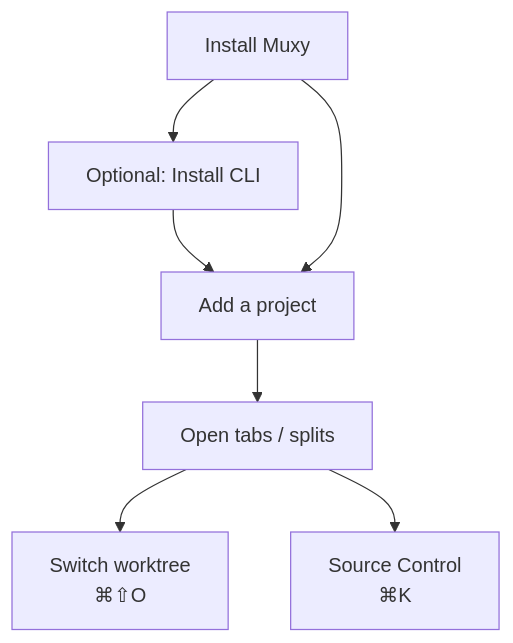
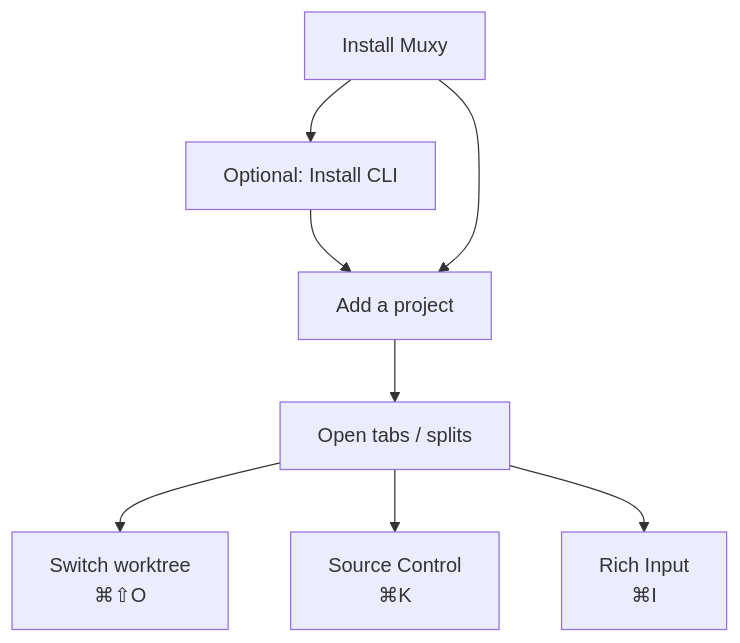
One commit to hlouis/muxy changed the diagram in docs/user-guide/getting-started.md. Above: the diagram before and after it, drawn with Mermaid. The commit also changed other lines of this file and 18 other files, not shown here.

````diff
--- a/docs/user-guide/getting-started.md
+++ b/docs/user-guide/getting-started.md
@@ -5,9 +5,10 @@
 ```mermaid
 flowchart TB
   Install[Install Muxy] --> CLI[Optional: Install CLI]
   CLI --> Add[Add a project]
   Install --> Add
   Add --> Tabs[Open tabs / splits]
   Tabs --> Worktree[Switch worktree<br/>⌘⇧O]
   Tabs --> VCS[Source Control<br/>⌘K]
+  Tabs --> Rich[Rich Input<br/>⌘I]
 ```
````
